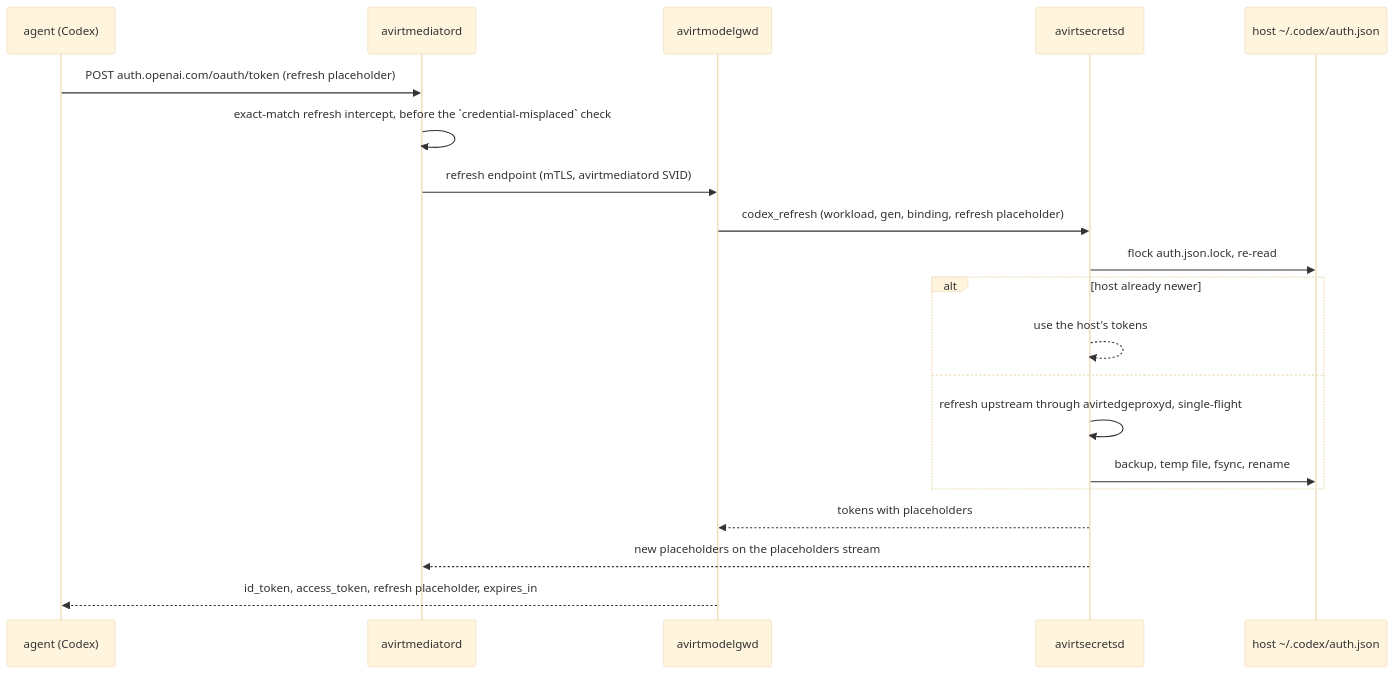
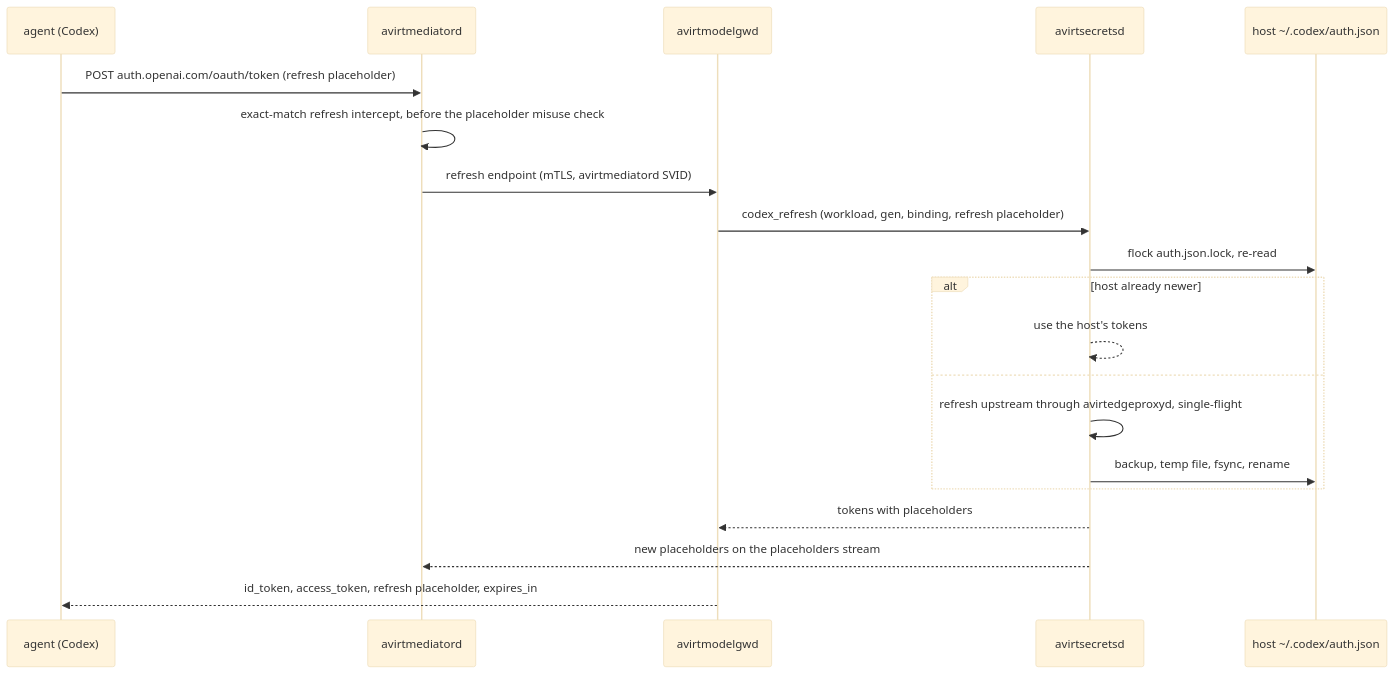
Before and after one commit to tbhb-dev/avirt: the third of 3 diagrams in docs/egress-credentials.md, drawn with Mermaid (base theme). The commit also changed other lines of this file and 31 other files, not shown here.

````diff
--- a/docs/egress-credentials.md
+++ b/docs/egress-credentials.md
@@ -249,22 +249,22 @@
 ```mermaid
 sequenceDiagram
     participant A as agent (Codex)
     participant E as avirtmediatord
     participant G as avirtmodelgwd
     participant S as avirtsecretsd
     participant H as host ~/.codex/auth.json
     A->>E: POST auth.openai.com/oauth/token (refresh placeholder)
-    E->>E: exact-match refresh intercept, before the `credential-misplaced` check
+    E->>E: exact-match refresh intercept, before the placeholder misuse check
     E->>G: refresh endpoint (mTLS, avirtmediatord SVID)
     G->>S: codex_refresh (workload, gen, binding, refresh placeholder)
     S->>H: flock auth.json.lock, re-read
     alt host already newer
         S-->>S: use the host's tokens
     else
         S->>S: refresh upstream through avirtedgeproxyd, single-flight
         S->>H: backup, temp file, fsync, rename
     end
     S-->>G: tokens with placeholders
     S-->>E: new placeholders on the placeholders stream
     G-->>A: id_token, access_token, refresh placeholder, expires_in
 ```
````
